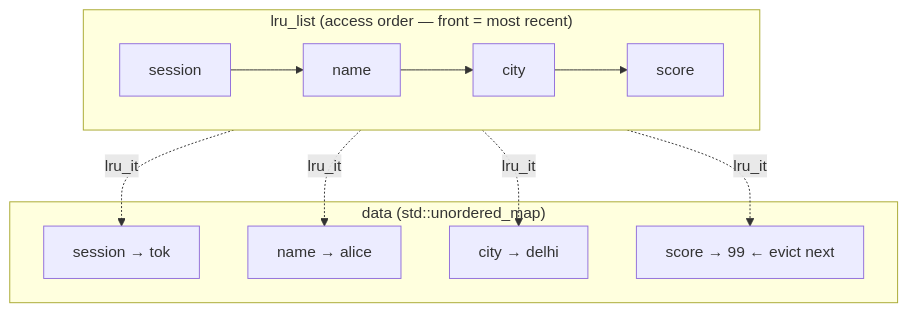
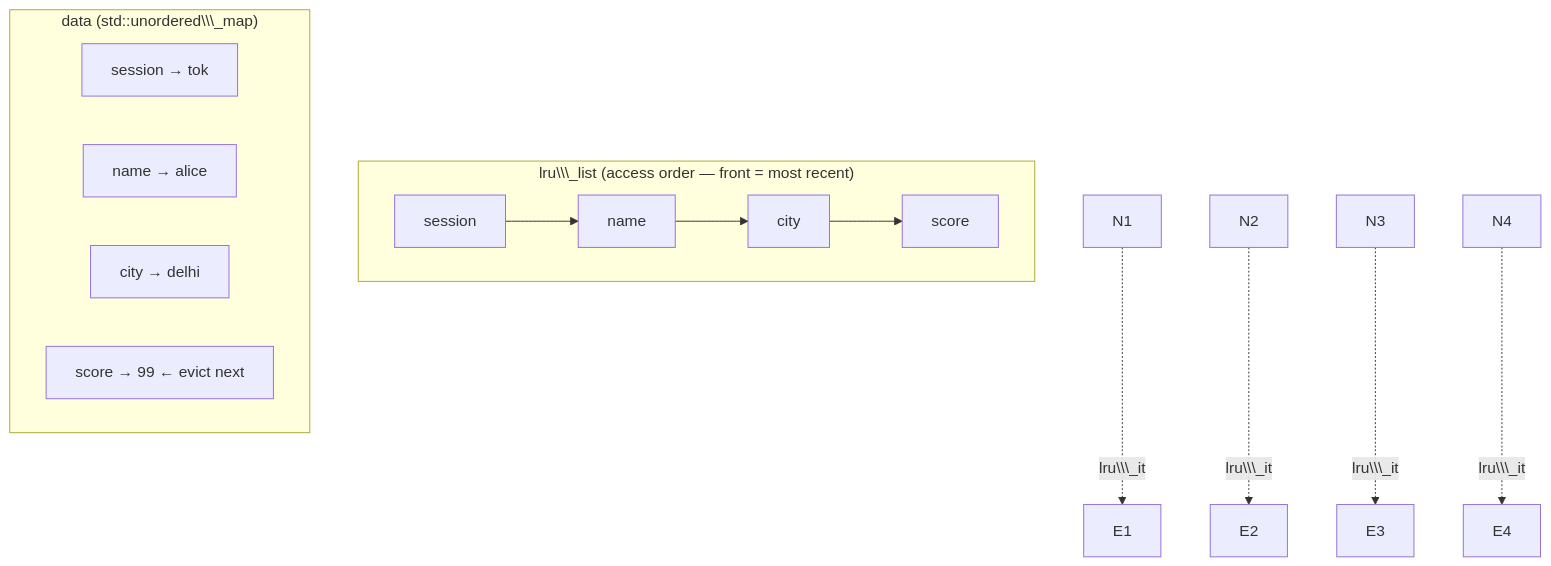
The second of 3 diagrams in README.md (silly-scythe3072/redisClone), drawn with Mermaid before and after one commit. The commit also changed other lines of this file, not shown here.

````diff
--- a/README.md
+++ b/README.md
@@ -123,19 +124,19 @@
 ```mermaid
 graph TB
-    subgraph "lru_list  (access order — front = most recent)"
+    subgraph "lru\\\_list  (access order — front = most recent)"
         direction LR
-        N1["session"] --> N2["name"] --> N3["city"] --> N4["score"]
+        N1\\\["session"] --> N2\\\["name"] --> N3\\\["city"] --> N4\\\["score"]
     end
 
-    subgraph "data  (std::unordered_map)"
-        E1["session → tok"]
-        E2["name → alice"]
-        E3["city → delhi"]
-        E4["score → 99  ← evict next"]
+    subgraph "data  (std::unordered\\\_map)"
+        E1\\\["session → tok"]
+        E2\\\["name → alice"]
+        E3\\\["city → delhi"]
+        E4\\\["score → 99  ← evict next"]
     end
 
-    N1 -.->|lru_it| E1
-    N2 -.->|lru_it| E2
-    N3 -.->|lru_it| E3
-    N4 -.->|lru_it| E4
+    N1 -.->|lru\\\_it| E1
+    N2 -.->|lru\\\_it| E2
+    N3 -.->|lru\\\_it| E3
+    N4 -.->|lru\\\_it| E4
 ```
````
